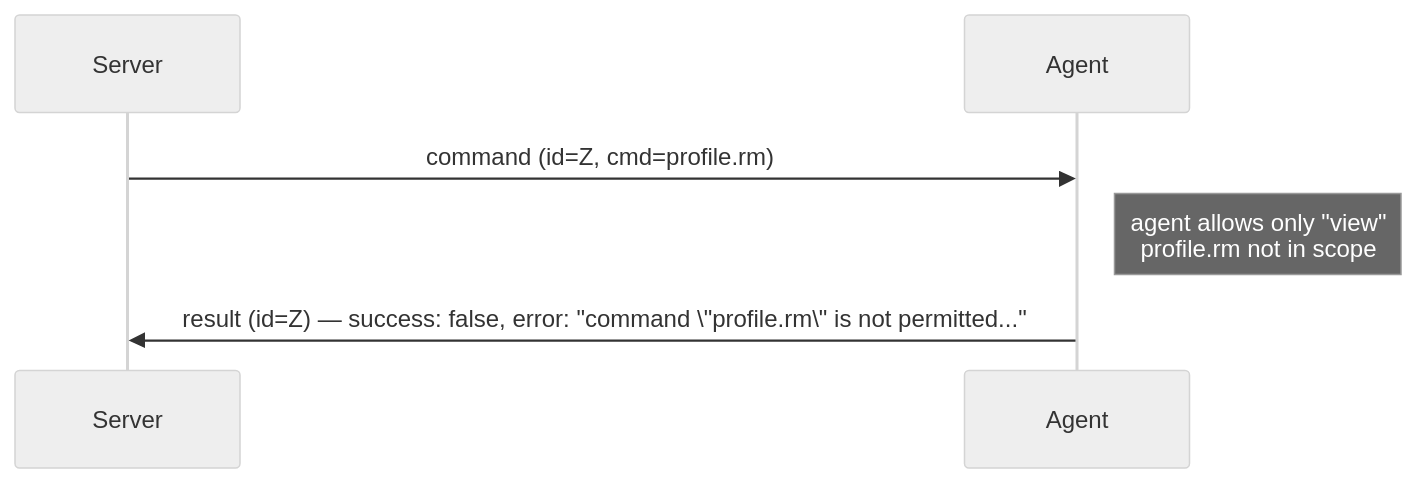
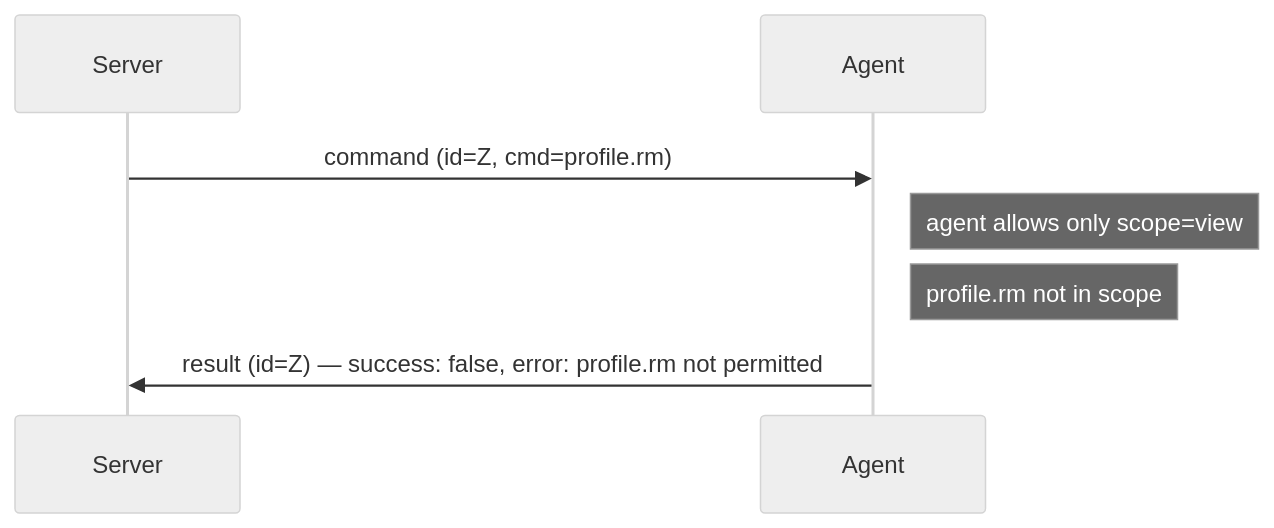
One commit to smitt14ua/zeus changed the fifth of 6 diagrams in docs/agent-protocol.md. Above: the diagram before and after it, drawn with Mermaid (neutral theme). The commit also changed other lines of this file, not shown here.

First line of the commit message:
docs: fix invalid chars in Mermaid diagrams

````diff
--- a/docs/agent-protocol.md
+++ b/docs/agent-protocol.md
@@ -539,9 +539,10 @@
 ```mermaid
 sequenceDiagram
     participant S as Server
     participant A as Agent
 
     S->>A: command (id=Z, cmd=profile.rm)
-    Note right of A: agent allows only "view"<br/>profile.rm not in scope
-    A->>S: result (id=Z) — success: false, error: "command \"profile.rm\" is not permitted..."
+    Note right of A: agent allows only scope=view
+    Note right of A: profile.rm not in scope
+    A->>S: result (id=Z) — success: false, error: profile.rm not permitted
 ```
````
